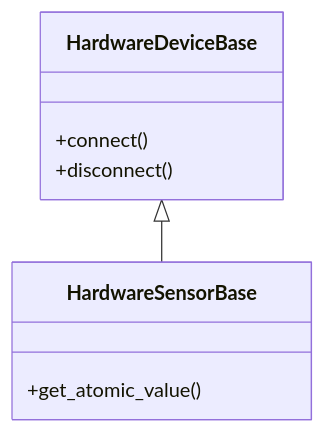
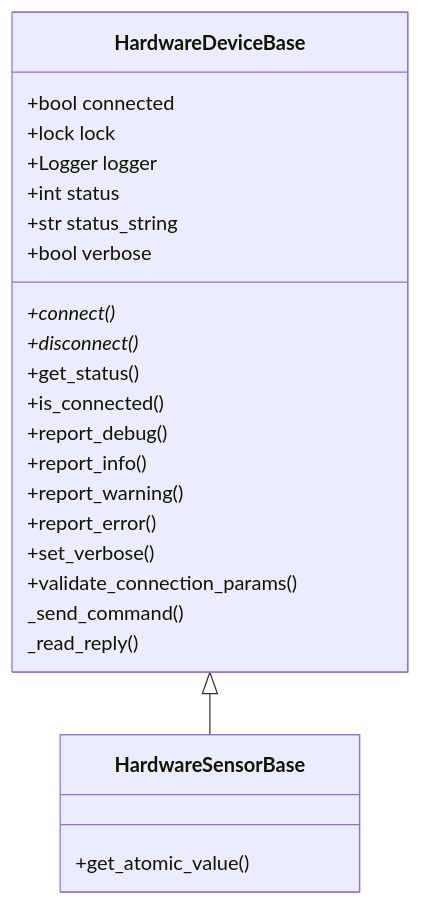
Before and after one commit to COO-Utilities/hardware_device_base: the diagram in README.md, drawn with Mermaid.

````diff
--- a/README.md
+++ b/README.md
@@ -24,13 +24,29 @@
 ```mermaid
 classDiagram
     HardwareDeviceBase <|-- HardwareSensorBase
     class HardwareDeviceBase {
-        +connect()
-        +disconnect()
+        +bool connected
+        +lock lock
+        +Logger logger
+        +int status
+        +str status_string
+        +bool verbose
+        +connect()*
+        +disconnect()*
+        +get_status()
+        +is_connected()
+        +report_debug()
+        +report_info()
+        +report_warning()
+        +report_error()
+        +set_verbose()
+        +validate_connection_params()
+        _send_command()
+        _read_reply()
     }
 
     class HardwareSensorBase {
         +get_atomic_value()
     }
 
 ```
````
